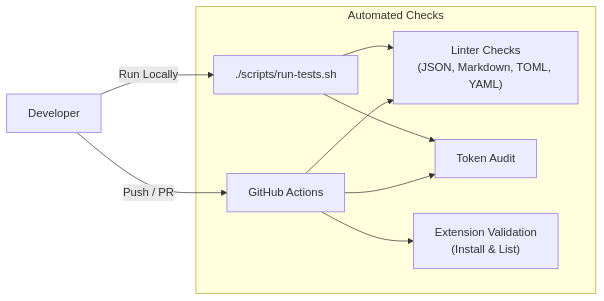
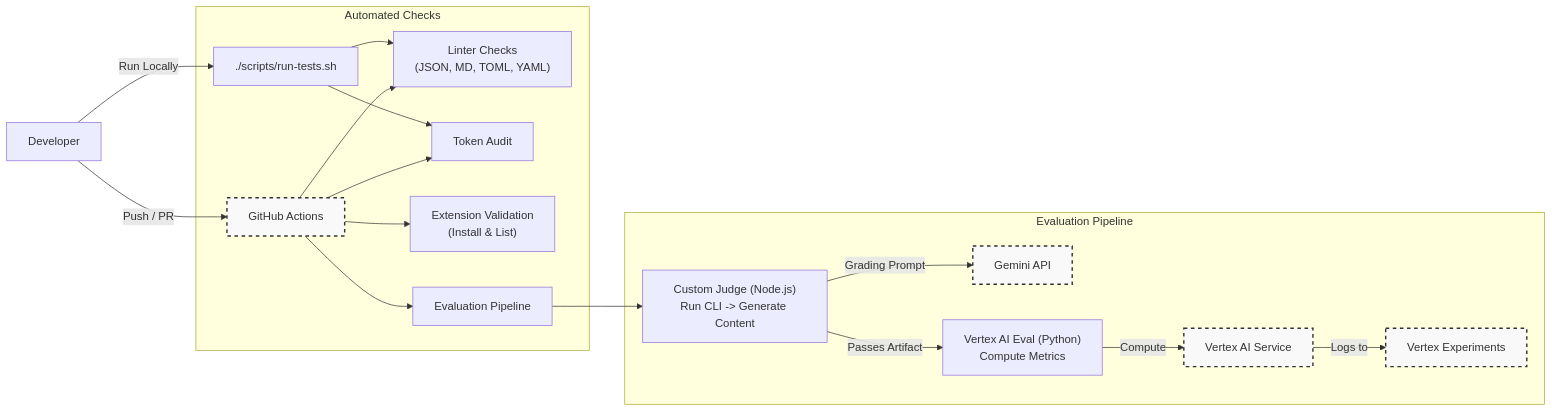
One commit to sapientcoffee/scribe changed the second of 2 diagrams in README.md. Above: the diagram before and after it, drawn with Mermaid.

Commit message:
docs: update architecture diagram (#21)
* docs: style external components in architecture diagram

* Update README.md

---------

````diff
--- a/README.md
+++ b/README.md
@@ -124,13 +124,26 @@
 ```mermaid
 graph LR
+    classDef external fill:#f9f9f9,stroke:#333,stroke-width:2px,stroke-dasharray: 5 5;
+    
     Developer[Developer] -->|Run Locally| Script["./scripts/run-tests.sh"]
-    Developer -->|Push / PR| GitHub[GitHub Actions]
+    Developer -->|Push / PR| GitHub[GitHub Actions]:::external
 
     subgraph "Automated Checks"
-        Script --> Linting[Linter Checks]
+        Script --> Linting["Linter Checks<br/>(JSON, MD, TOML, YAML)"]
         Script --> Audit[Token Audit]
-        GitHub --> Linting["Linter Checks<br/>(JSON, Markdown, TOML, YAML)"]
+        
+        GitHub --> Linting
         GitHub --> Audit
         GitHub --> Validation["Extension Validation<br/>(Install & List)"]
+        
+        GitHub --> EvalFlow[Evaluation Pipeline]
+    end
+
+    subgraph "Evaluation Pipeline"
+        EvalFlow --> CustomJudge["Custom Judge (Node.js)<br/>Run CLI -> Generate Content"]
+        CustomJudge -->|Grading Prompt| Gemini[Gemini API]:::external
+        CustomJudge -->|Passes Artifact| VertexEval["Vertex AI Eval (Python)<br/>Compute Metrics"]
+        VertexEval -->|Compute| VertexAPI[Vertex AI Service]:::external
+        VertexAPI -->|Logs to| VertexConsole[Vertex Experiments]:::external
     end
 ```
````
